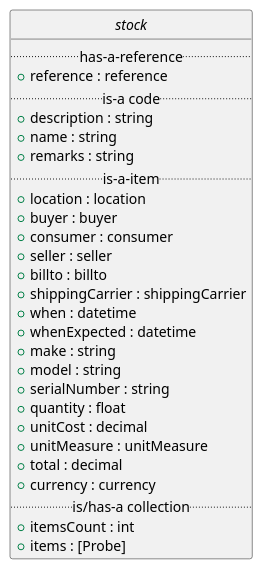
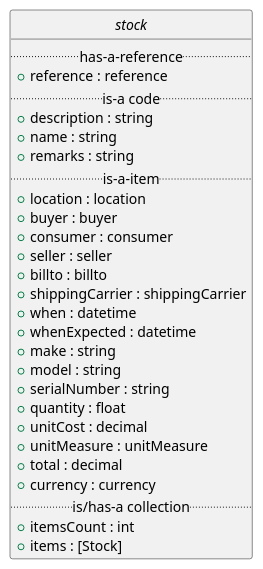
Before and after one commit to EciStg/order-placement: the second of 2 diagrams in stock/stock.org, drawn with PlantUML. The commit also changed other lines of this file, not shown here.

Commit message:
stock. fixed copy / paste error, replaced [Probe] with [Stock]

```diff
--- a/stock/stock.org
+++ b/stock/stock.org
@@ -52,34 +52,34 @@
 #+BEGIN_SRC plantuml :file ../images/stock-class-diagram.puml.png :exports results
   @startuml
   hide circle
 
   interface stock {
   .. has-a-reference ..
   {field} + reference : reference
   .. is-a code ..
   {field} + description : string
   {field} + name : string
   {field} + remarks : string
   .. is-a-item ..
   {field} + location : location
   {field} + buyer : buyer
   {field} + consumer : consumer
   {field} + seller : seller
   {field} + billto : billto
   {field} + shippingCarrier : shippingCarrier
   {field} + when : datetime
   {field} + whenExpected : datetime
   {field} + make : string
   {field} + model : string
   {field} + serialNumber : string
   {field} + quantity : float
   {field} + unitCost : decimal
   {field} + unitMeasure : unitMeasure
   {field} + total : decimal
   {field} + currency : currency
   .. is/has-a collection ..
   {field} + itemsCount : int
-  {field} + items : [Probe]
+  {field} + items : [Stock]
   }
   @enduml
 #+END_SRC
```
